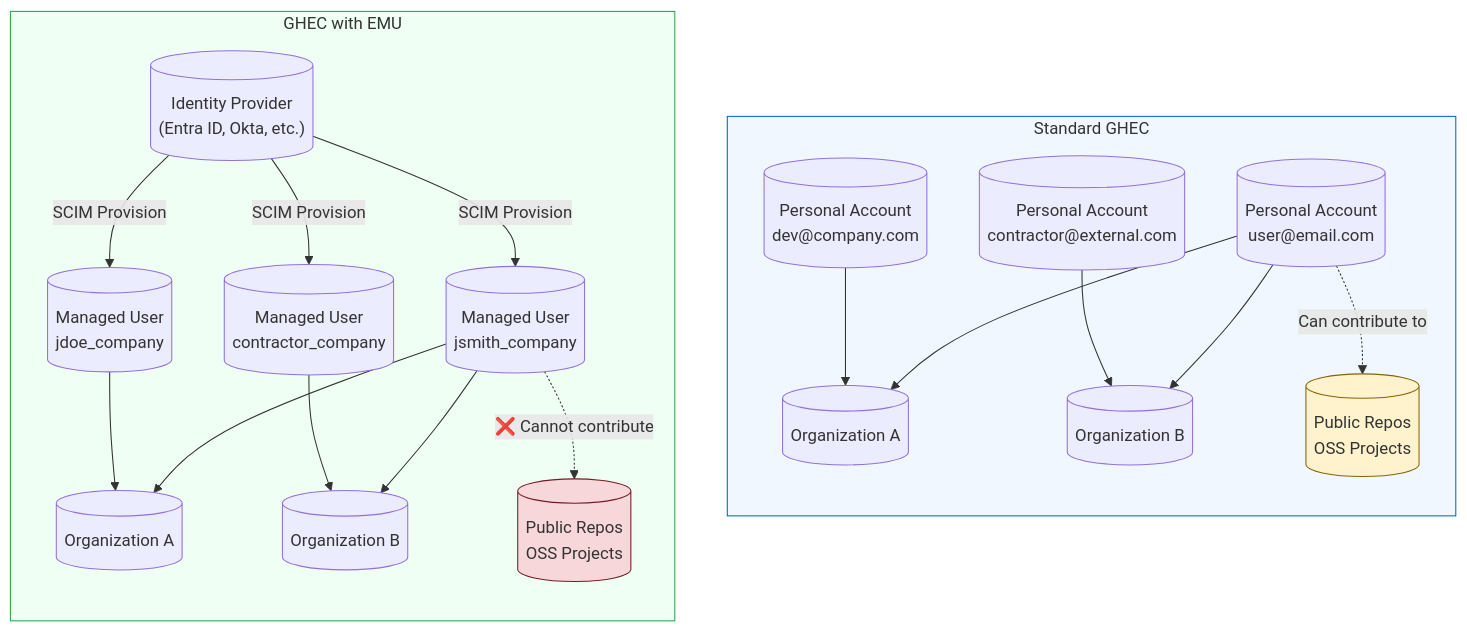
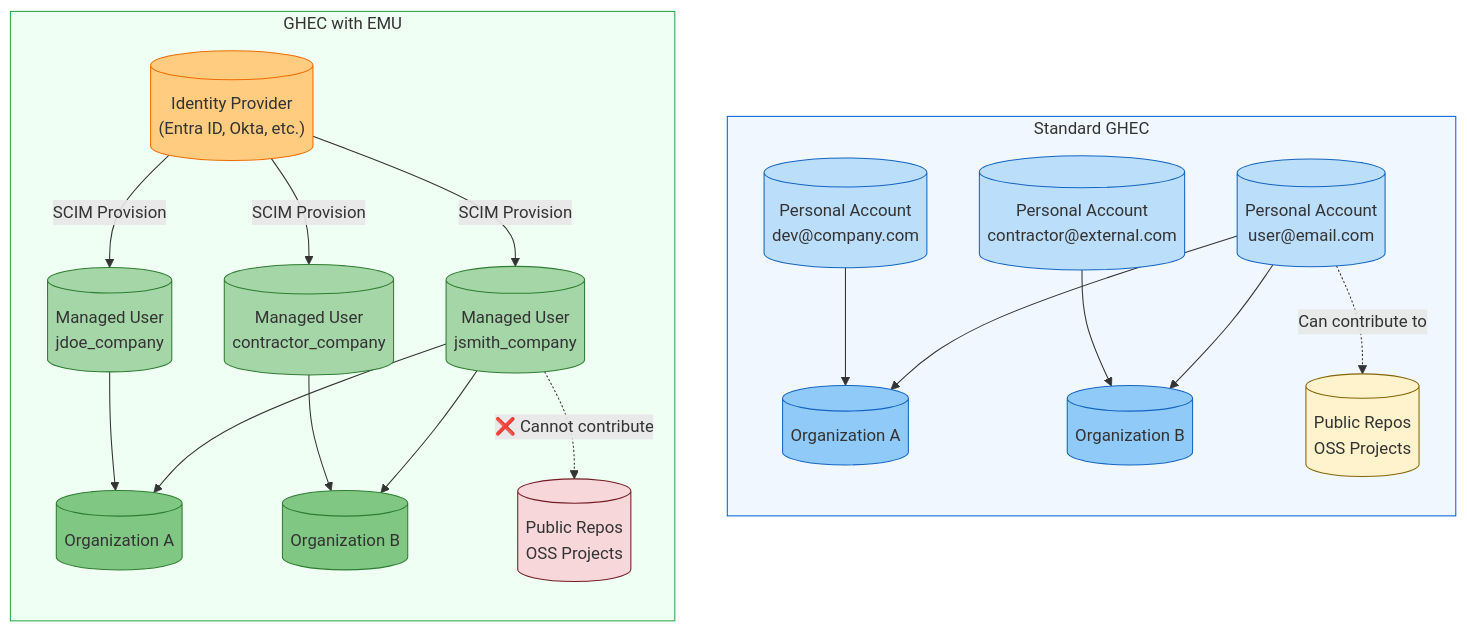
The second of 11 diagrams in _posts/2026-01-14-migrating-to-github-enterprise-managed-users.md (jmassardo/jmassardo.github.io), drawn with Mermaid before and after one commit. The commit also changed other lines of this file and 12 other files, not shown here.

````diff
--- a/_posts/2026-01-14-migrating-to-github-enterprise-managed-users.md
+++ b/_posts/2026-01-14-migrating-to-github-enterprise-managed-users.md
@@ -231,43 +231,54 @@
 ```mermaid
 flowchart TB
     subgraph GHEC["Standard GHEC"]
         direction TB
         U1[("Personal Account<br/>user@email.com")]
         U2[("Personal Account<br/>dev@company.com")]
         U3[("Personal Account<br/>contractor@external.com")]
         
         ORG1[("Organization A")]
         ORG2[("Organization B")]
         
         U1 --> ORG1
         U1 --> ORG2
         U2 --> ORG1
         U3 --> ORG2
         
         U1 -.->|"Can contribute to"| PUB[("Public Repos<br/>OSS Projects")]
     end
     
     subgraph EMU["GHEC with EMU"]
         direction TB
         IDP[("Identity Provider<br/>(Entra ID, Okta, etc.)")]
         
         IDP -->|"SCIM Provision"| M1[("Managed User<br/>jsmith_company")]
         IDP -->|"SCIM Provision"| M2[("Managed User<br/>jdoe_company")]
         IDP -->|"SCIM Provision"| M3[("Managed User<br/>contractor_company")]
         
         EORG1[("Organization A")]
         EORG2[("Organization B")]
         
         M1 --> EORG1
         M1 --> EORG2
         M2 --> EORG1
         M3 --> EORG2
         
         M1 -.->|"❌ Cannot contribute"| EPUB[("Public Repos<br/>OSS Projects")]
     end
     
-    style GHEC fill:#f0f7ff,stroke:#0366d6
-    style EMU fill:#f0fff4,stroke:#28a745
-    style PUB fill:#fff3cd,stroke:#856404
-    style EPUB fill:#f8d7da,stroke:#721c24
+    style GHEC fill:#f0f7ff,stroke:#0366d6,color:#333
+    style EMU fill:#f0fff4,stroke:#28a745,color:#333
+    style PUB fill:#fff3cd,stroke:#856404,color:#333
+    style EPUB fill:#f8d7da,stroke:#721c24,color:#333
+    style U1 fill:#bbdefb,stroke:#1565c0,color:#333
+    style U2 fill:#bbdefb,stroke:#1565c0,color:#333
+    style U3 fill:#bbdefb,stroke:#1565c0,color:#333
+    style ORG1 fill:#90caf9,stroke:#1565c0,color:#333
+    style ORG2 fill:#90caf9,stroke:#1565c0,color:#333
+    style IDP fill:#ffcc80,stroke:#ef6c00,color:#333
+    style M1 fill:#a5d6a7,stroke:#2e7d32,color:#333
+    style M2 fill:#a5d6a7,stroke:#2e7d32,color:#333
+    style M3 fill:#a5d6a7,stroke:#2e7d32,color:#333
+    style EORG1 fill:#81c784,stroke:#2e7d32,color:#333
+    style EORG2 fill:#81c784,stroke:#2e7d32,color:#333
 ```
````
